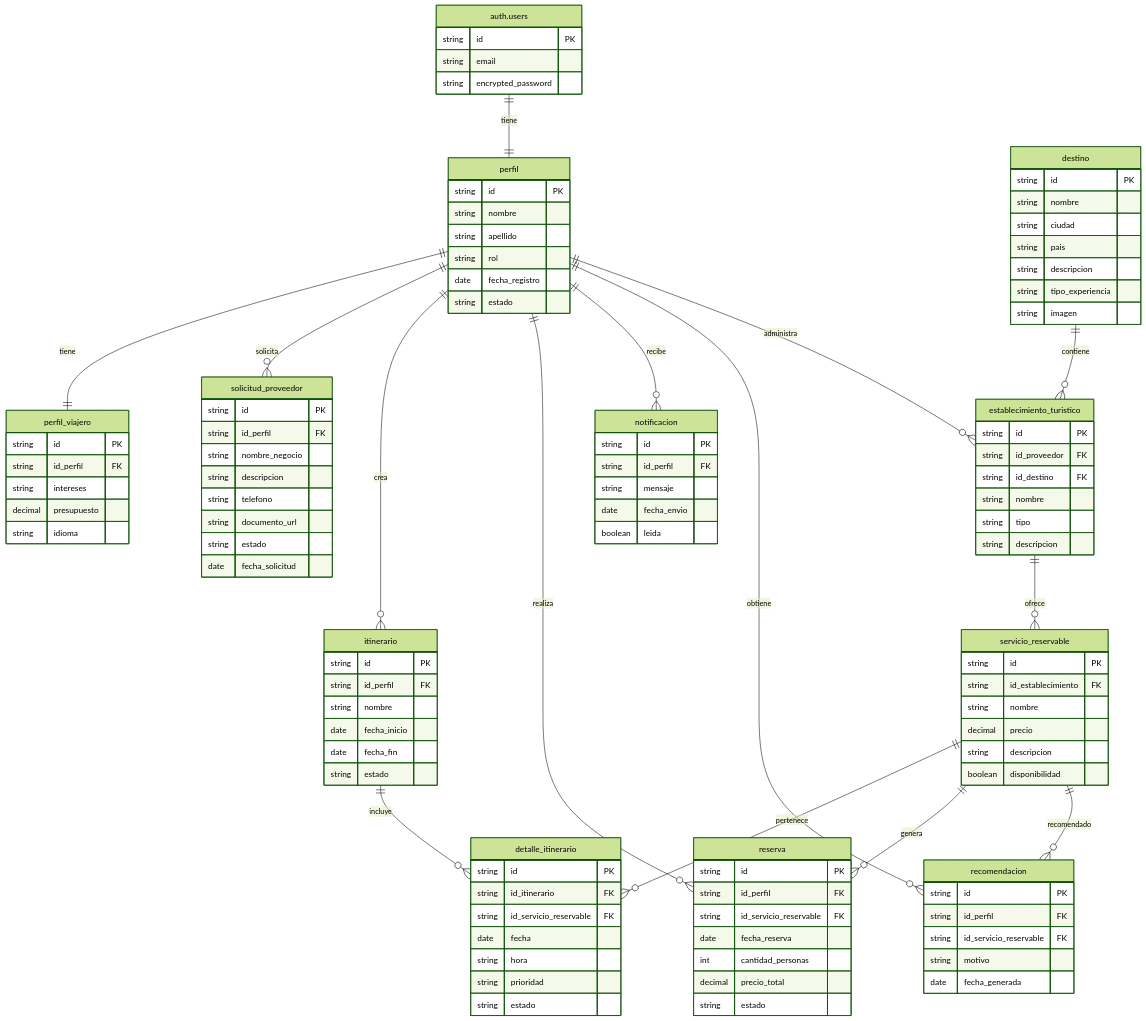
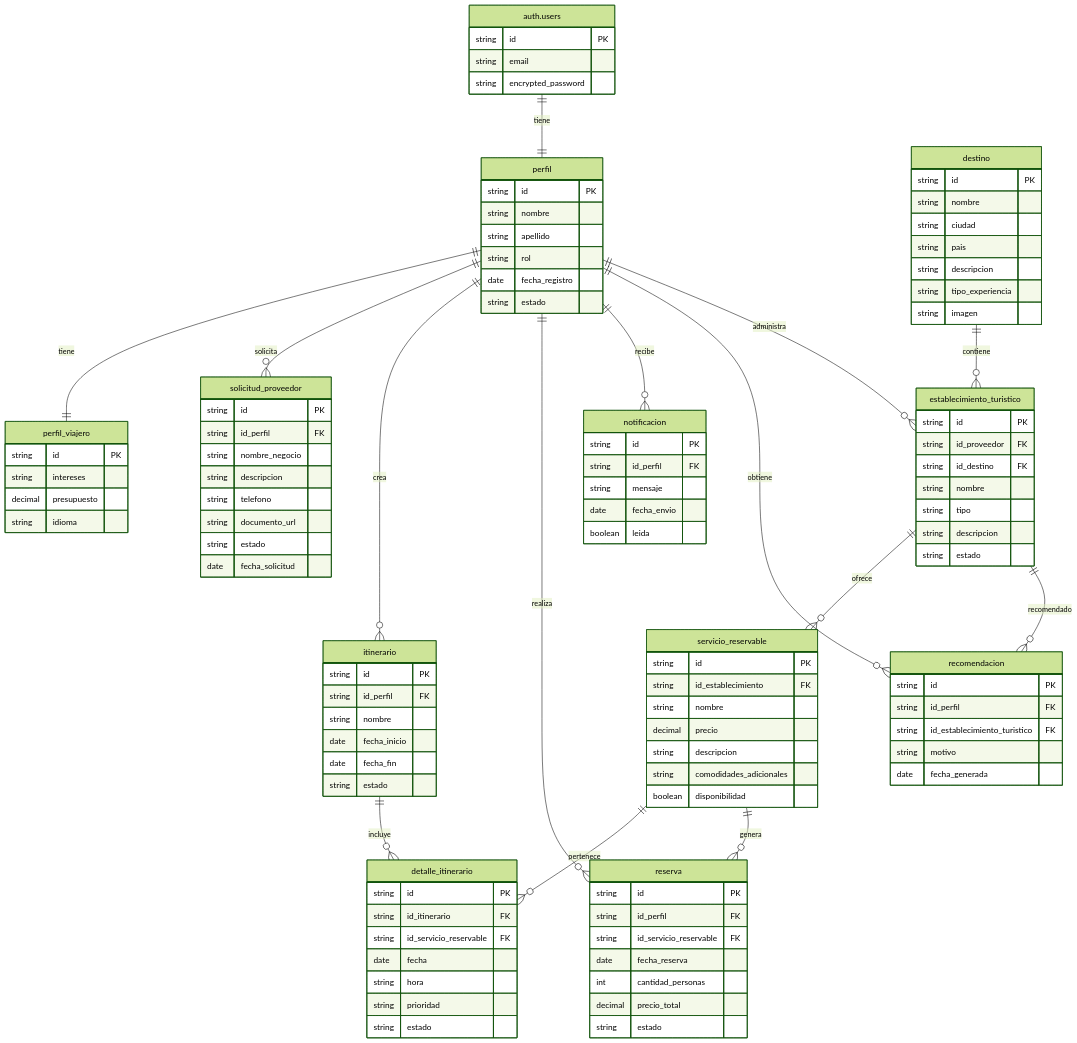
The diagram in README.md (FortyTwo43/SmartTravel), drawn with Mermaid (forest theme) before and after one commit. The commit also changed 28 other files, not shown here.

````diff
--- a/README.md
+++ b/README.md
@@ -80,7 +80,6 @@
 
 perfil_viajero {
     string id PK
-    string id_perfil FK
     string intereses
     decimal presupuesto
     string idioma
@@ -114,6 +113,7 @@
     string nombre
     string tipo
     string descripcion
+    string estado
 }
 
 servicio_reservable {
@@ -122,6 +122,7 @@
     string nombre
     decimal precio
     string descripcion
+    string comodidades_adicionales
     boolean disponibilidad
 }
 
@@ -157,7 +158,7 @@
 recomendacion {
     string id PK
     string id_perfil FK
-    string id_servicio_reservable FK
+    string id_establecimiento_turistico FK
     string motivo
     date fecha_generada
 }
@@ -199,5 +200,5 @@
 
 servicio_reservable ||--o{ reserva : genera
 
-servicio_reservable ||--o{ recomendacion : recomendado
+establecimiento_turistico ||--o{ recomendacion : recomendado
 ```
````
